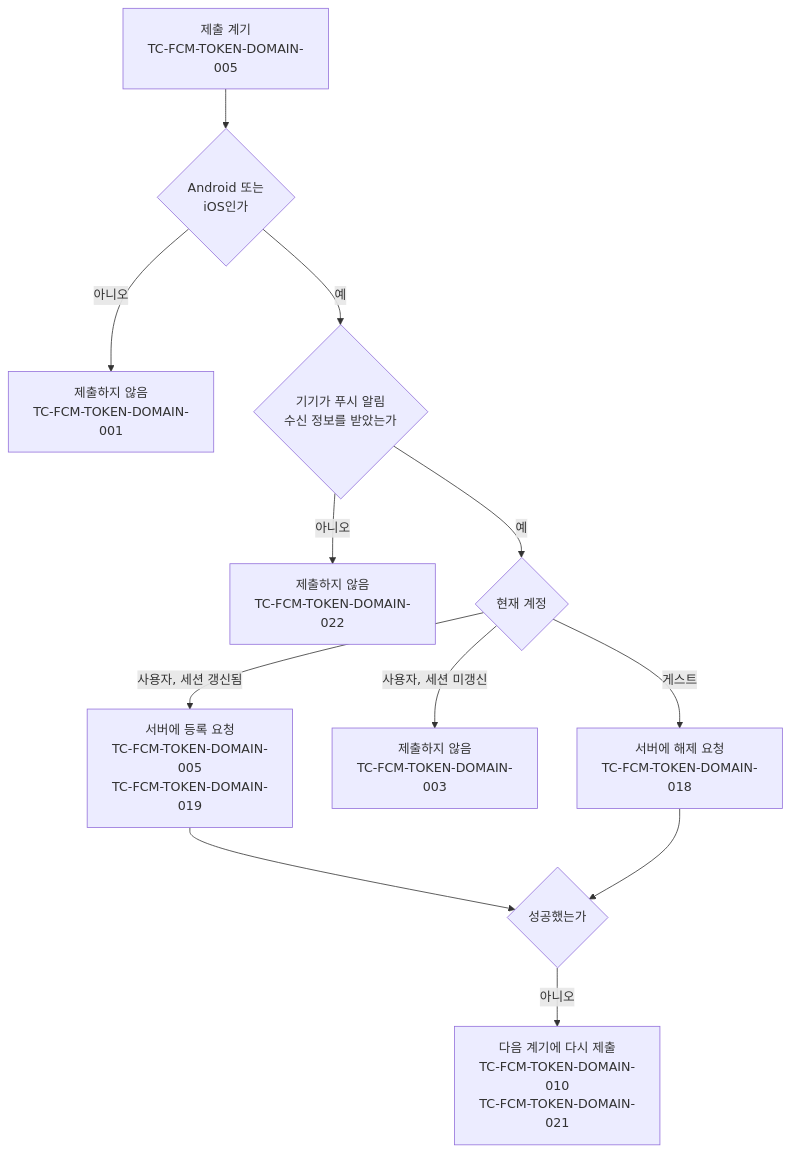
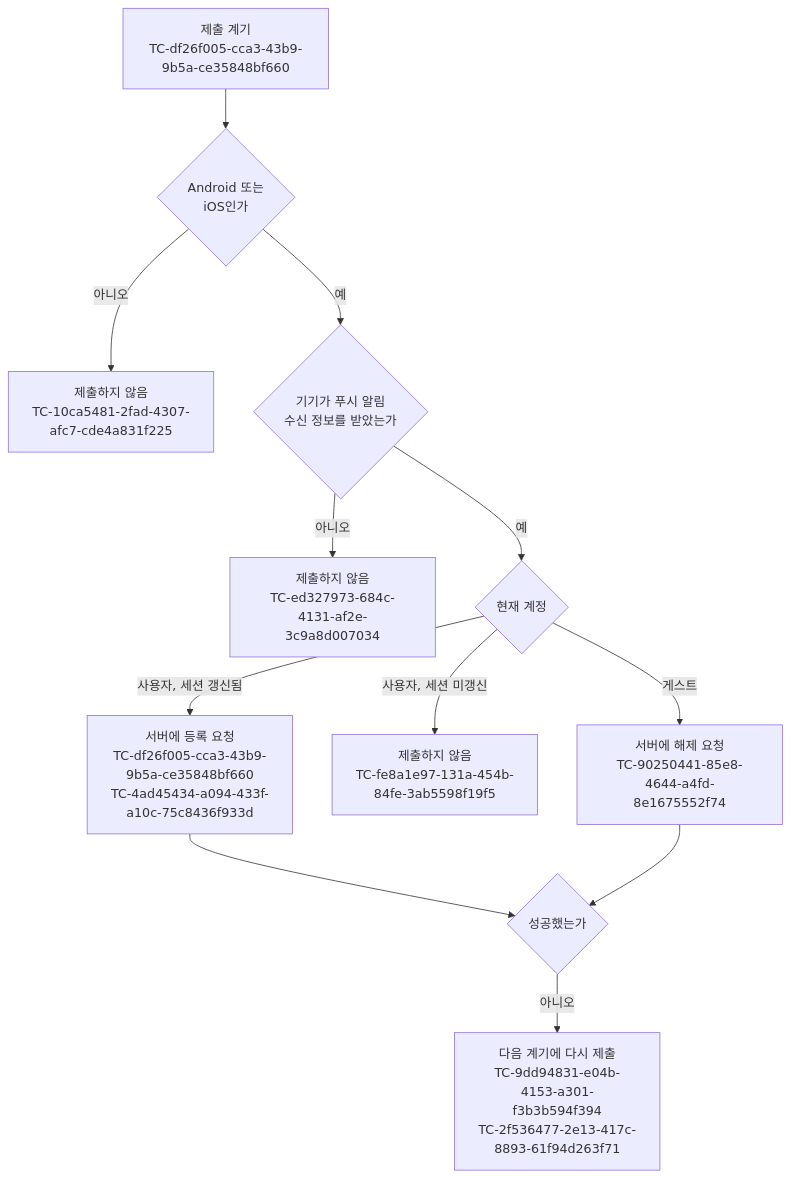
One commit to taetae98coding/DiaryKMP changed the diagram in docs/testcase/fcm-token.md. Above: the diagram before and after it, drawn with Mermaid. The commit also changed other lines of this file and 1177 other files, not shown here.

````diff
--- a/docs/testcase/fcm-token.md
+++ b/docs/testcase/fcm-token.md
@@ -11,14 +11,14 @@
 ```mermaid
 flowchart TD
-    Trigger["제출 계기<br/>TC-FCM-TOKEN-DOMAIN-005"] --> Platform{"Android 또는<br/>iOS인가"}
-    Platform -- 아니오 --> Skip["제출하지 않음<br/>TC-FCM-TOKEN-DOMAIN-001"]
+    Trigger["제출 계기<br/>TC-df26f005-cca3-43b9-9b5a-ce35848bf660"] --> Platform{"Android 또는<br/>iOS인가"}
+    Platform -- 아니오 --> Skip["제출하지 않음<br/>TC-10ca5481-2fad-4307-afc7-cde4a831f225"]
     Platform -- 예 --> Token{"기기가 푸시 알림<br/>수신 정보를 받았는가"}
-    Token -- 아니오 --> NoToken["제출하지 않음<br/>TC-FCM-TOKEN-DOMAIN-022"]
+    Token -- 아니오 --> NoToken["제출하지 않음<br/>TC-ed327973-684c-4131-af2e-3c9a8d007034"]
     Token -- 예 --> Account{"현재 계정"}
-    Account -- "게스트" --> Delete["서버에 해제 요청<br/>TC-FCM-TOKEN-DOMAIN-018"]
-    Account -- "사용자, 세션 미갱신" --> Wait["제출하지 않음<br/>TC-FCM-TOKEN-DOMAIN-003"]
-    Account -- "사용자, 세션 갱신됨" --> Register["서버에 등록 요청<br/>TC-FCM-TOKEN-DOMAIN-005<br/>TC-FCM-TOKEN-DOMAIN-019"]
+    Account -- "게스트" --> Delete["서버에 해제 요청<br/>TC-90250441-85e8-4644-a4fd-8e1675552f74"]
+    Account -- "사용자, 세션 미갱신" --> Wait["제출하지 않음<br/>TC-fe8a1e97-131a-454b-84fe-3ab5598f19f5"]
+    Account -- "사용자, 세션 갱신됨" --> Register["서버에 등록 요청<br/>TC-df26f005-cca3-43b9-9b5a-ce35848bf660<br/>TC-4ad45434-a094-433f-a10c-75c8436f933d"]
     Register --> Res{"성공했는가"}
     Delete --> Res
-    Res -- 아니오 --> Retry["다음 계기에 다시 제출<br/>TC-FCM-TOKEN-DOMAIN-010<br/>TC-FCM-TOKEN-DOMAIN-021"]
+    Res -- 아니오 --> Retry["다음 계기에 다시 제출<br/>TC-9dd94831-e04b-4153-a301-f3b3b594f394<br/>TC-2f536477-2e13-417c-8893-61f94d263f71"]
 ```
````
